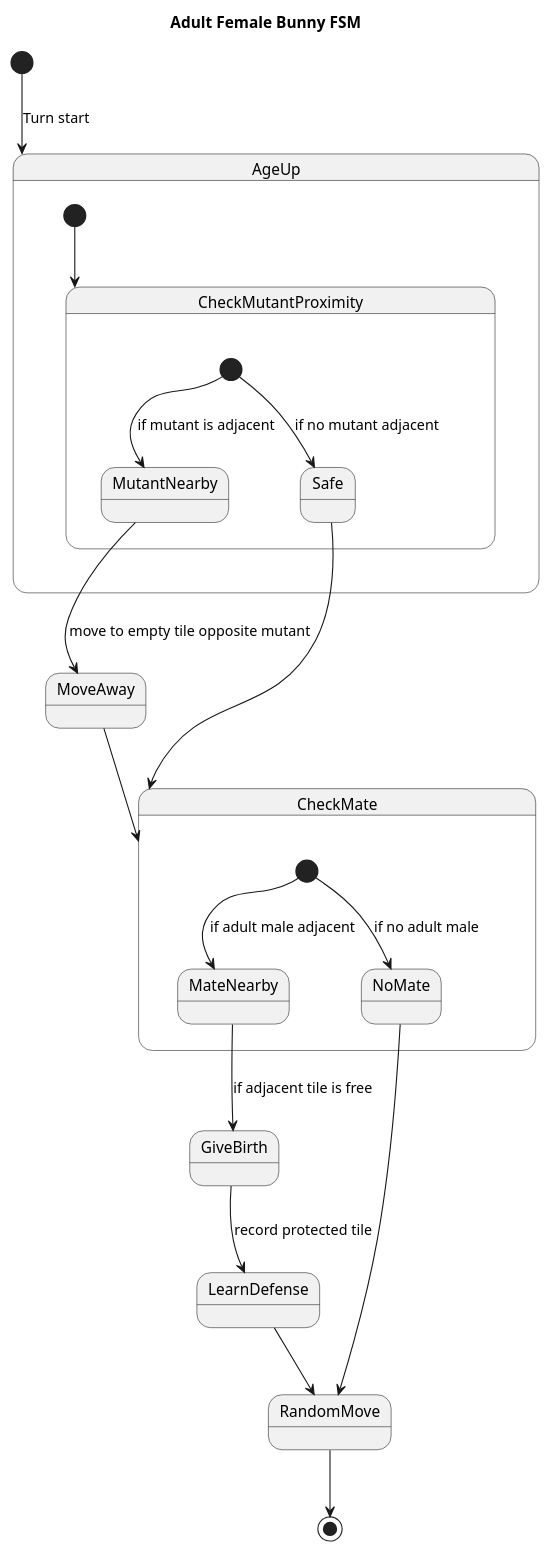
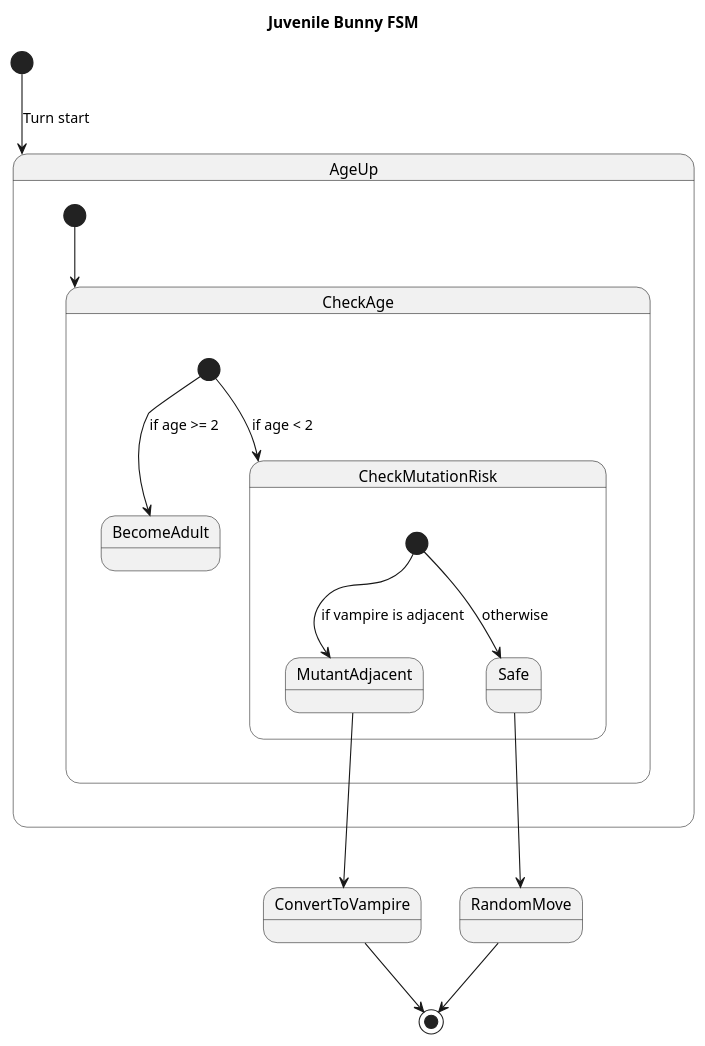
The diagram in fsm/juvenile_fsm.puml (brayii/AIBSIMS), drawn with PlantUML before and after one commit. The commit also changed other lines of this file and 6 other files, not shown here.

```diff
--- a/fsm/juvenile_fsm.puml
+++ b/fsm/juvenile_fsm.puml
@@ -1,32 +1,25 @@
 @startuml
-title Adult Female Bunny FSM
+title Juvenile Bunny FSM
 
 [*] --> AgeUp : Turn start
 
 state AgeUp {
-  [*] --> CheckMutantProximity
+  [*] --> CheckAge
 }
 
-state CheckMutantProximity <<decision>> {
-  [*] --> MutantNearby : if mutant is adjacent
-  [*] --> Safe : if no mutant adjacent
+state CheckAge <<decision>> {
+  [*] --> BecomeAdult : if age >= 2
+  [*] --> CheckMutationRisk : if age < 2
 }
 
-MutantNearby --> MoveAway : move to empty tile opposite mutant
-MoveAway --> CheckMate
-
-Safe --> CheckMate
-
-state CheckMate <<decision>> {
-  [*] --> MateNearby : if adult male adjacent
-  [*] --> NoMate : if no adult male
+state CheckMutationRisk <<decision>> {
+  [*] --> MutantAdjacent : if vampire is adjacent
+  [*] --> Safe : otherwise
 }
 
-MateNearby --> GiveBirth : if adjacent tile is free
-GiveBirth --> LearnDefense : record protected tile
-
-NoMate --> RandomMove
-LearnDefense --> RandomMove
+MutantAdjacent --> ConvertToVampire
+Safe --> RandomMove
+ConvertToVampire --> [*]
 RandomMove --> [*]
 
 @enduml
```
